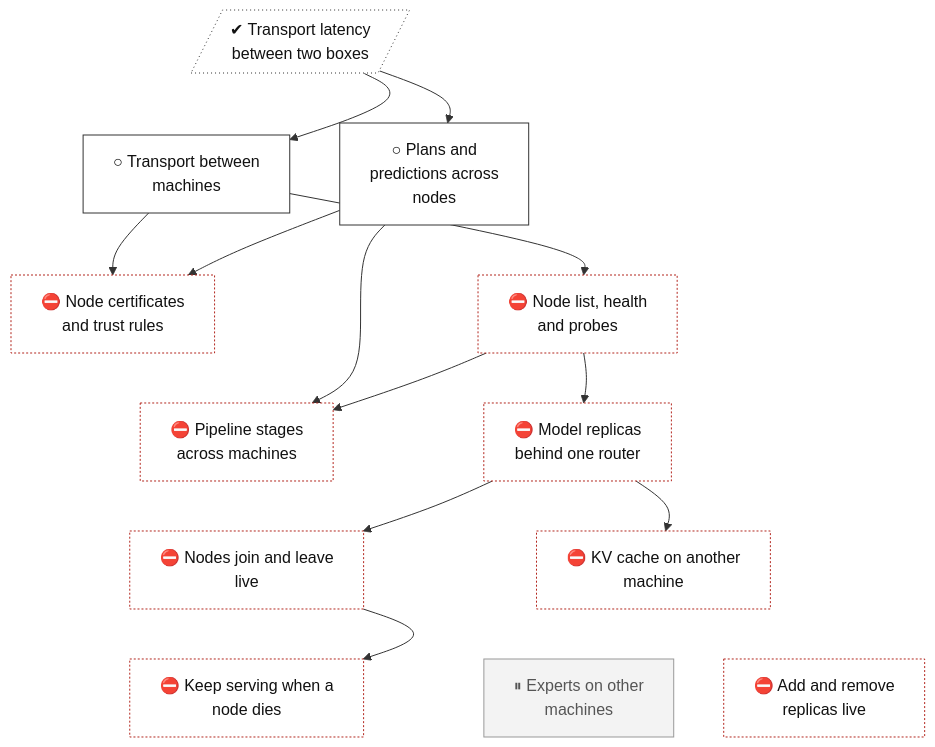
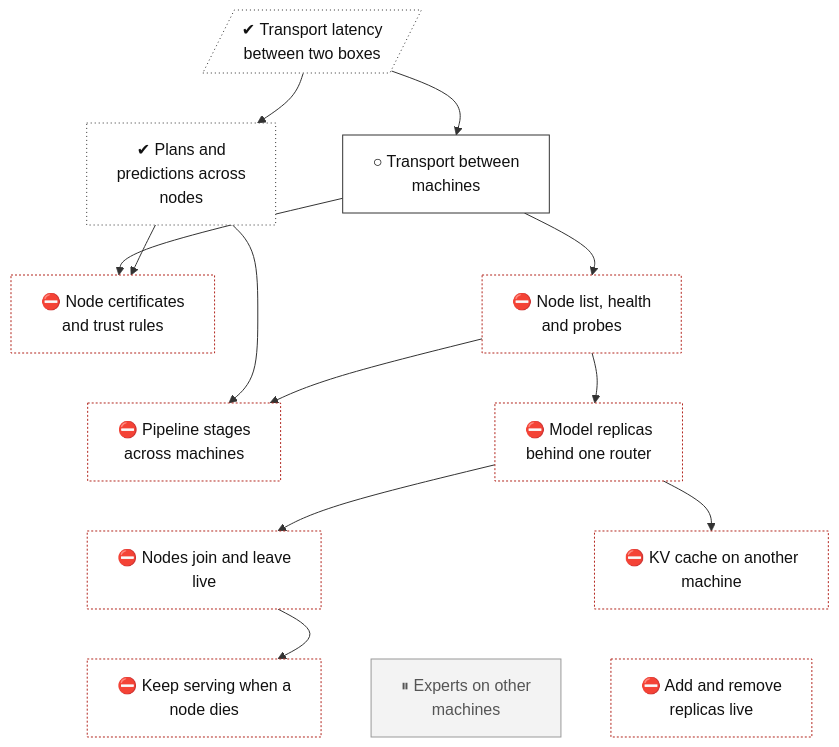
One commit to lhns/tetraeder changed the diagram in docs/roadmap/tracks/cluster.md. Above: the diagram before and after it, drawn with Mermaid. The commit also changed other lines of this file and 3 other files, not shown here.

Commit message:
Phase 6 step 2, ADR 0091: tree node cluster-planner done (CI run 45178068154); not measured

````diff
--- a/docs/roadmap/tracks/cluster.md
+++ b/docs/roadmap/tracks/cluster.md
@@ -10,55 +10,55 @@
 ```mermaid
 flowchart TB
     cluster_transport_wan[/"✔ Transport latency<br/>between two boxes"/]
+    cluster_planner["✔ Plans and<br/>predictions across<br/>nodes"]
     cluster_transport["○ Transport between<br/>machines"]
-    cluster_planner["○ Plans and<br/>predictions across<br/>nodes"]
     cluster_mtls["⛔ Node certificates<br/>and trust rules"]
     cluster_discovery["⛔ Node list, health<br/>and probes"]
     cluster_pipeline_nodes["⛔ Pipeline stages<br/>across machines"]
     cluster_replicas["⛔ Model replicas<br/>behind one router"]
     cluster_join_leave["⛔ Nodes join and leave<br/>live"]
     cluster_remote_kv["⛔ KV cache on another<br/>machine"]
     cluster_failover["⛔ Keep serving when a<br/>node dies"]
     cluster_experts_nodes["⏸ Experts on other<br/>machines"]
     cluster_replica_scaling["⛔ Add and remove<br/>replicas live"]
+    cluster_transport_wan ~~~ cluster_planner
     cluster_transport_wan ~~~ cluster_transport
-    cluster_transport_wan ~~~ cluster_planner
-    cluster_transport ~~~ cluster_mtls
-    cluster_planner ~~~ cluster_discovery
+    cluster_planner ~~~ cluster_mtls
+    cluster_transport ~~~ cluster_discovery
     cluster_mtls ~~~ cluster_pipeline_nodes
     cluster_discovery ~~~ cluster_replicas
     cluster_pipeline_nodes ~~~ cluster_join_leave
     cluster_replicas ~~~ cluster_remote_kv
     cluster_join_leave ~~~ cluster_failover
     cluster_remote_kv ~~~ cluster_experts_nodes
     cluster_remote_kv ~~~ cluster_replica_scaling
+    cluster_transport_wan --> cluster_planner
     cluster_transport_wan --> cluster_transport
-    cluster_transport_wan --> cluster_planner
     cluster_transport --> cluster_mtls
     cluster_planner --> cluster_mtls
     cluster_transport --> cluster_discovery
     cluster_planner --> cluster_pipeline_nodes
     cluster_discovery --> cluster_pipeline_nodes
     cluster_discovery --> cluster_replicas
     cluster_replicas --> cluster_join_leave
     cluster_replicas --> cluster_remote_kv
     cluster_join_leave --> cluster_failover
     classDef vsucc fill:#2e9e4f,stroke:#1b6b34,color:#fff
     classDef succ fill:#bfe8c8,stroke:#2e9e4f,color:#111
     classDef mixed fill:#ffd37a,stroke:#c98a00,color:#111
     classDef bad fill:#f28b82,stroke:#b3261e,color:#111
     classDef dead fill:#e6e6e6,stroke:#777,stroke-dasharray:5 5,color:#555
     classDef inprog fill:#a8cdf5,stroke:#1f6fc5,color:#111
     classDef next fill:#fff,stroke:#333,color:#111
     classDef blocked fill:#fff,stroke:#b3261e,stroke-dasharray:2 2,color:#111
     classDef parked fill:#f3f3f3,stroke:#999,color:#555
     classDef unrated fill:#fff,stroke:#333,stroke-dasharray:1 3,color:#111
     classDef gate fill:#d9c2f0,stroke:#7b3fb5,color:#111
     classDef decided fill:#ece0f7,stroke:#7b3fb5,stroke-dasharray:2 2,color:#111
     classDef finding fill:#ffe0b2,stroke:#d84315,stroke-width:2px,color:#111
     classDef waiting fill:#e3f2fd,stroke:#1f6fc5,stroke-dasharray:5 5,color:#111
-    class cluster_transport_wan unrated
-    class cluster_transport,cluster_planner next
+    class cluster_transport_wan,cluster_planner unrated
+    class cluster_transport next
     class cluster_mtls,cluster_discovery,cluster_pipeline_nodes,cluster_replicas,cluster_join_leave,cluster_remote_kv,cluster_failover,cluster_replica_scaling blocked
     class cluster_experts_nodes parked
 ```
````
